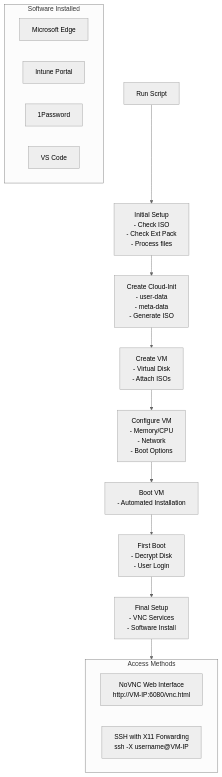
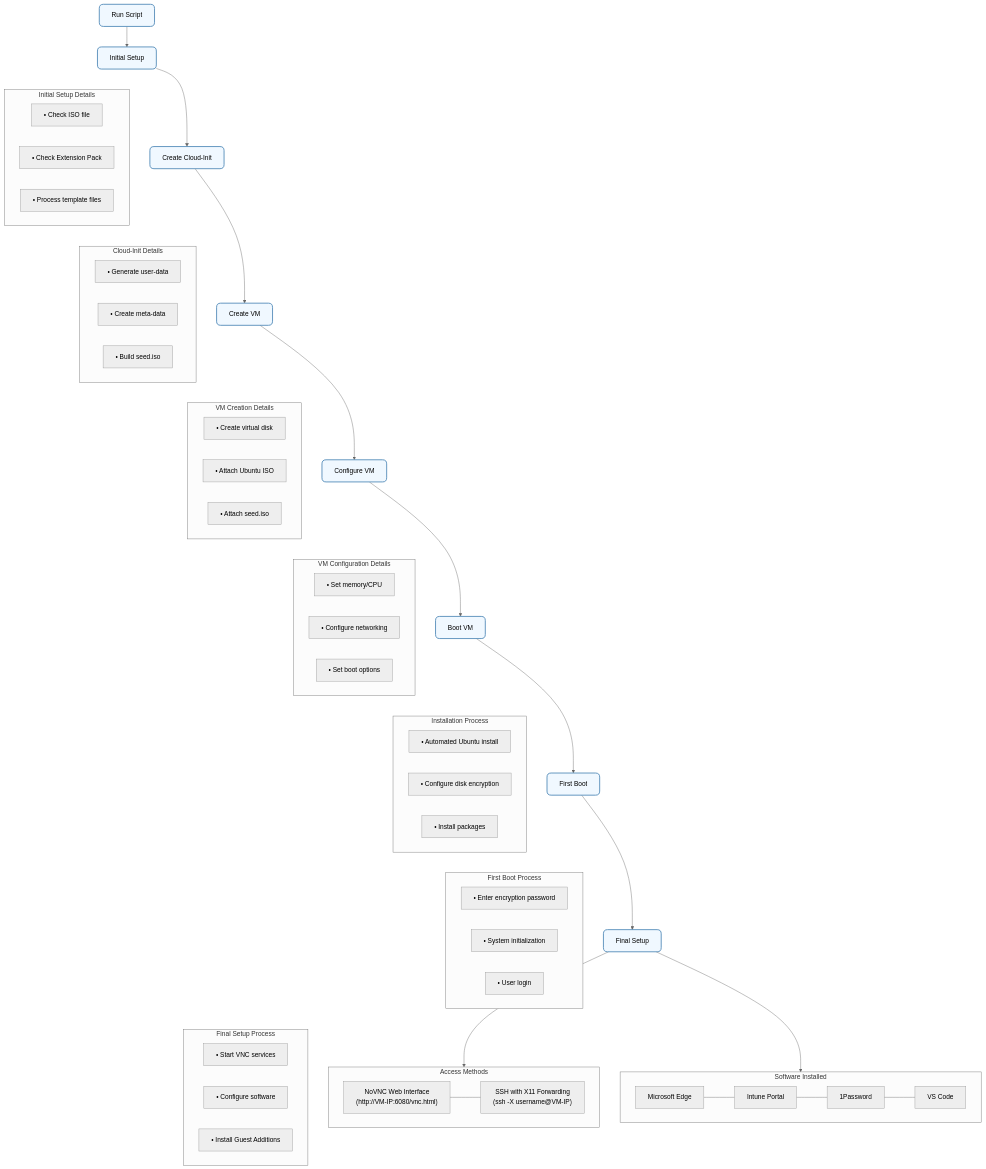
The diagram in README.md (blik616287/intune_autoinstall), drawn with Mermaid (neutral theme) before and after one commit. The commit also changed other lines of this file, not shown here.

Commit message:
forde-commit-1744408648

````diff
--- a/README.md
+++ b/README.md
@@ -78,24 +76,75 @@
 ```mermaid
 flowchart TD
-    A[Run Script] --> B[Initial Setup\n- Check ISO\n- Check Ext Pack\n- Process files]
-    B --> C[Create Cloud-Init\n- user-data\n- meta-data\n- Generate ISO]
-    C --> D[Create VM\n- Virtual Disk\n- Attach ISOs]
-    D --> E[Configure VM\n- Memory/CPU\n- Network\n- Boot Options]
-    E --> F[Boot VM\n- Automated Installation]
-    F --> G[First Boot\n- Decrypt Disk\n- User Login]
-    G --> H[Final Setup\n- VNC Services\n- Software Install]
+    A["Run Script"] --> B["Initial Setup"]
+    B --> C["Create Cloud-Init"]
+    C --> D["Create VM"]
+    D --> E["Configure VM"]
+    E --> F["Boot VM"]
+    F --> G["First Boot"]
+    G --> H["Final Setup"]
     
-    subgraph Software[Software Installed]
-        I[Microsoft Edge]
-        J[Intune Portal]
-        K[1Password]
-        L[VS Code]
+    classDef processBox fill:#f0f8ff,stroke:#4682b4,stroke-width:2px,rx:10px,ry:10px;
+    class A,B,C,D,E,F,G,H processBox;
+    
+    subgraph Init["Initial Setup Details"]
+        B1["• Check ISO file"]
+        B2["• Check Extension Pack"]
+        B3["• Process template files"]
     end
     
-    subgraph Access[Access Methods]
-        M[NoVNC Web Interface\nhttp://VM-IP:6080/vnc.html]
-        N[SSH with X11 Forwarding\nssh -X username@VM-IP]
+    subgraph CloudInit["Cloud-Init Details"]
+        C1["• Generate user-data"]
+        C2["• Create meta-data"]
+        C3["• Build seed.iso"]
     end
     
+    subgraph VMCreate["VM Creation Details"]
+        D1["• Create virtual disk"]
+        D2["• Attach Ubuntu ISO"]
+        D3["• Attach seed.iso"]
+    end
+    
+    subgraph VMConfig["VM Configuration Details"]
+        E1["• Set memory/CPU"]
+        E2["• Configure networking"]
+        E3["• Set boot options"]
+    end
+    
+    subgraph Installation["Installation Process"]
+        F1["• Automated Ubuntu install"]
+        F2["• Configure disk encryption"]
+        F3["• Install packages"]
+    end
+    
+    subgraph Boot["First Boot Process"]
+        G1["• Enter encryption password"]
+        G2["• System initialization"]
+        G3["• User login"]
+    end
+    
+    subgraph Setup["Final Setup Process"]
+        H1["• Start VNC services"]
+        H2["• Configure software"]
+        H3["• Install Guest Additions"]
+    end
+    
+    subgraph Software["Software Installed"]
+        direction LR
+        I["Microsoft Edge"] --- J["Intune Portal"] --- K["1Password"] --- L["VS Code"]
+    end
+    
+    subgraph Access["Access Methods"]
+        direction LR
+        M["NoVNC Web Interface<br>(http://VM-IP:6080/vnc.html)"] --- N["SSH with X11 Forwarding<br>(ssh -X username@VM-IP)"]
+    end
+    
+    B ~~~ Init
+    C ~~~ CloudInit
+    D ~~~ VMCreate
+    E ~~~ VMConfig
+    F ~~~ Installation
+    G ~~~ Boot
+    H ~~~ Setup
     H --> Access
+    H --> Software
 ```
````
